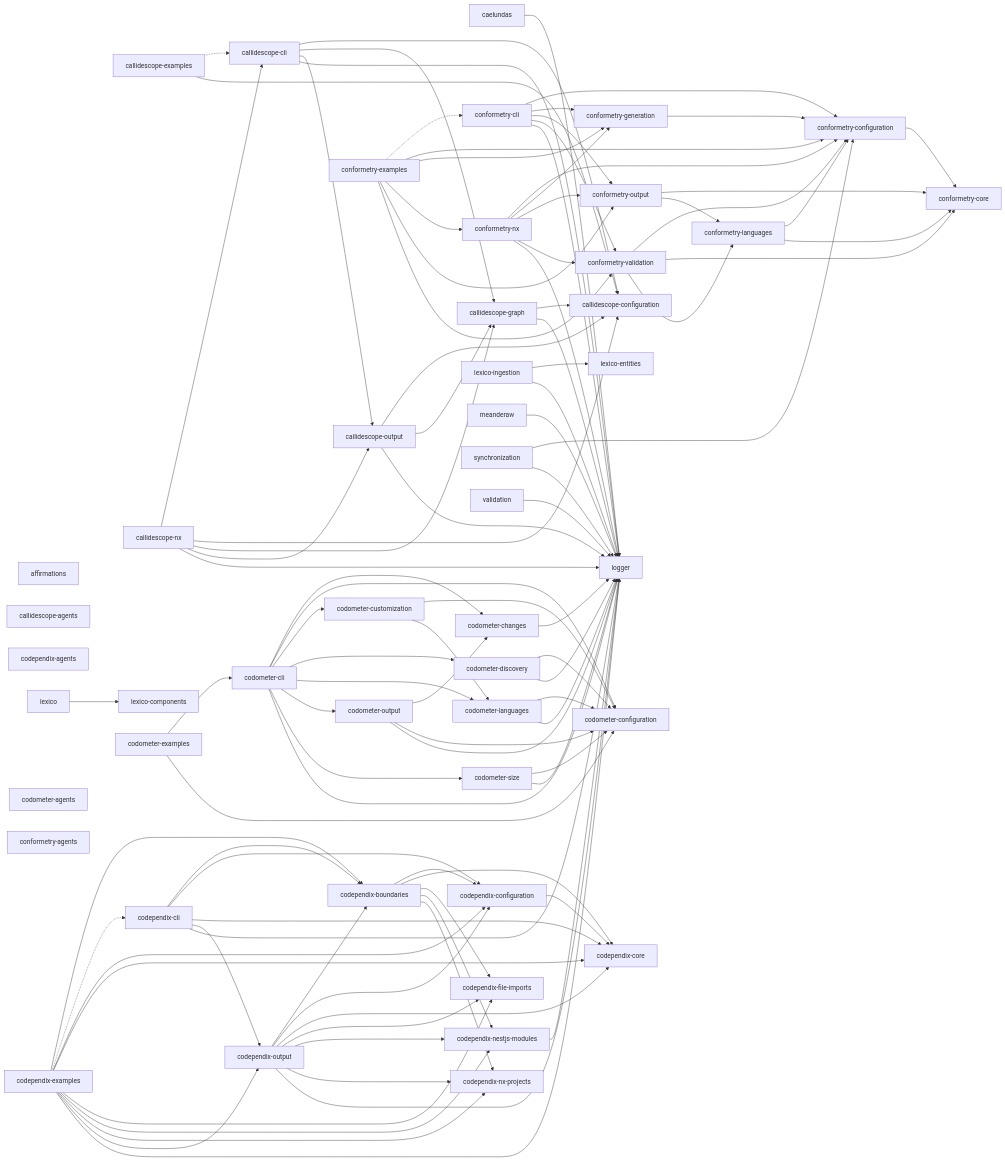
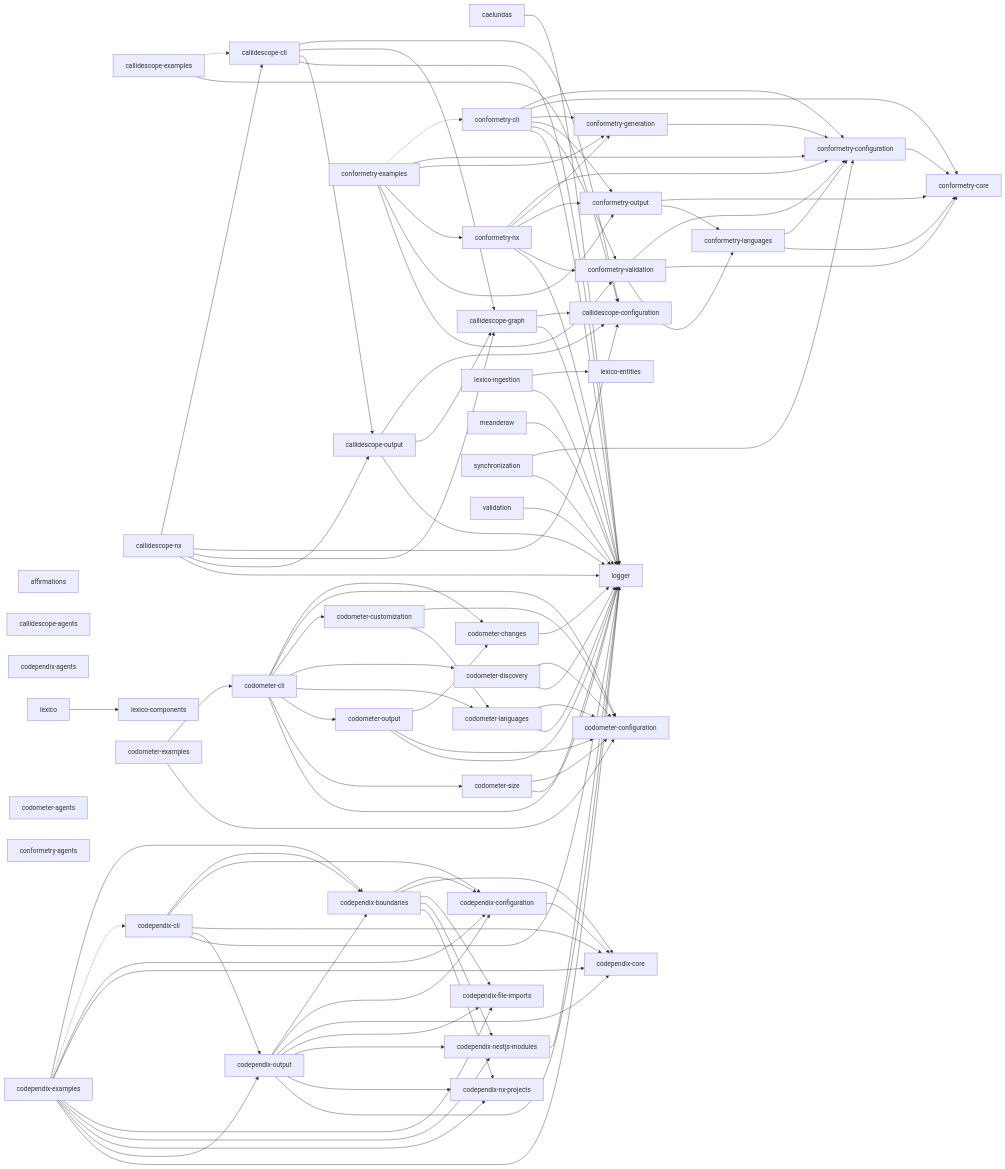
Before and after one commit to JimmyPaolini/codebase: the diagram in README.md, drawn with Mermaid. The commit also changed other lines of this file and 2 other files, not shown here.

```diff
--- a/README.md
+++ b/README.md
@@ -302,6 +302,7 @@
   codometer_size --> codometer_configuration
   codometer_size --> logger
   conformetry_cli --> conformetry_configuration
+  conformetry_cli --> conformetry_core
   conformetry_cli --> conformetry_generation
   conformetry_cli --> conformetry_output
   conformetry_cli --> conformetry_validation
```
